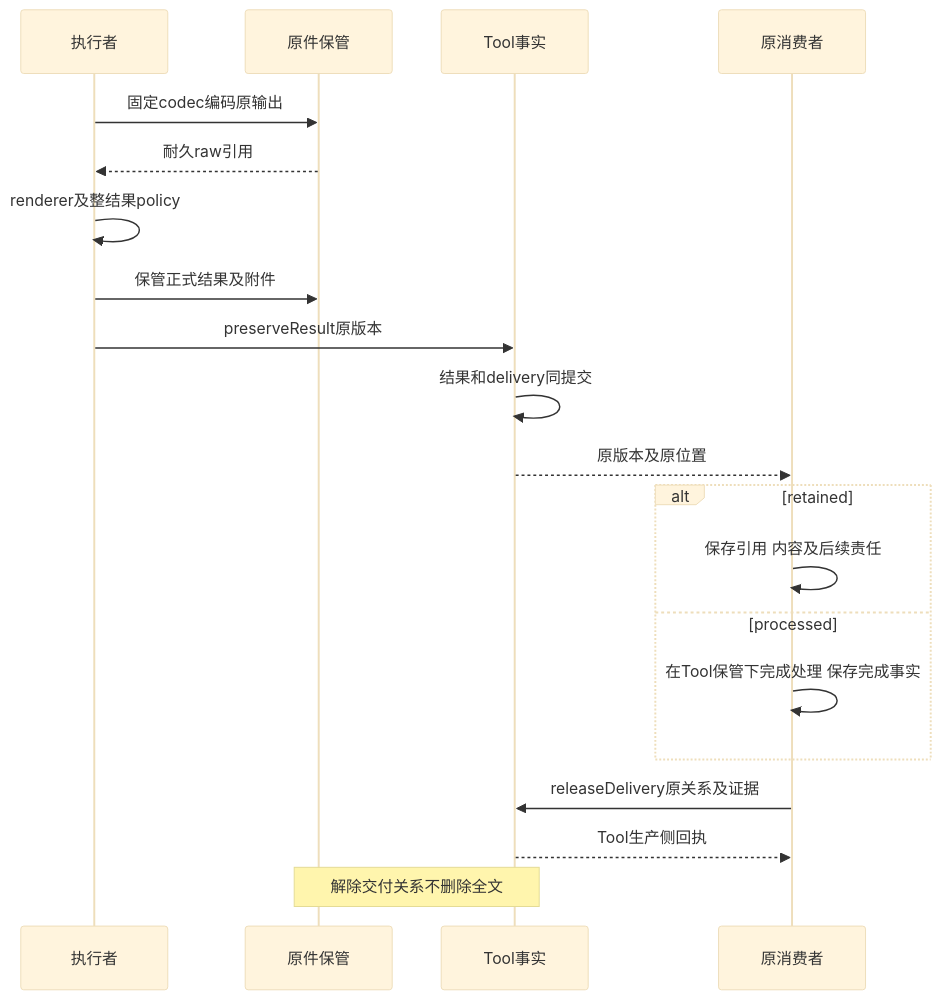
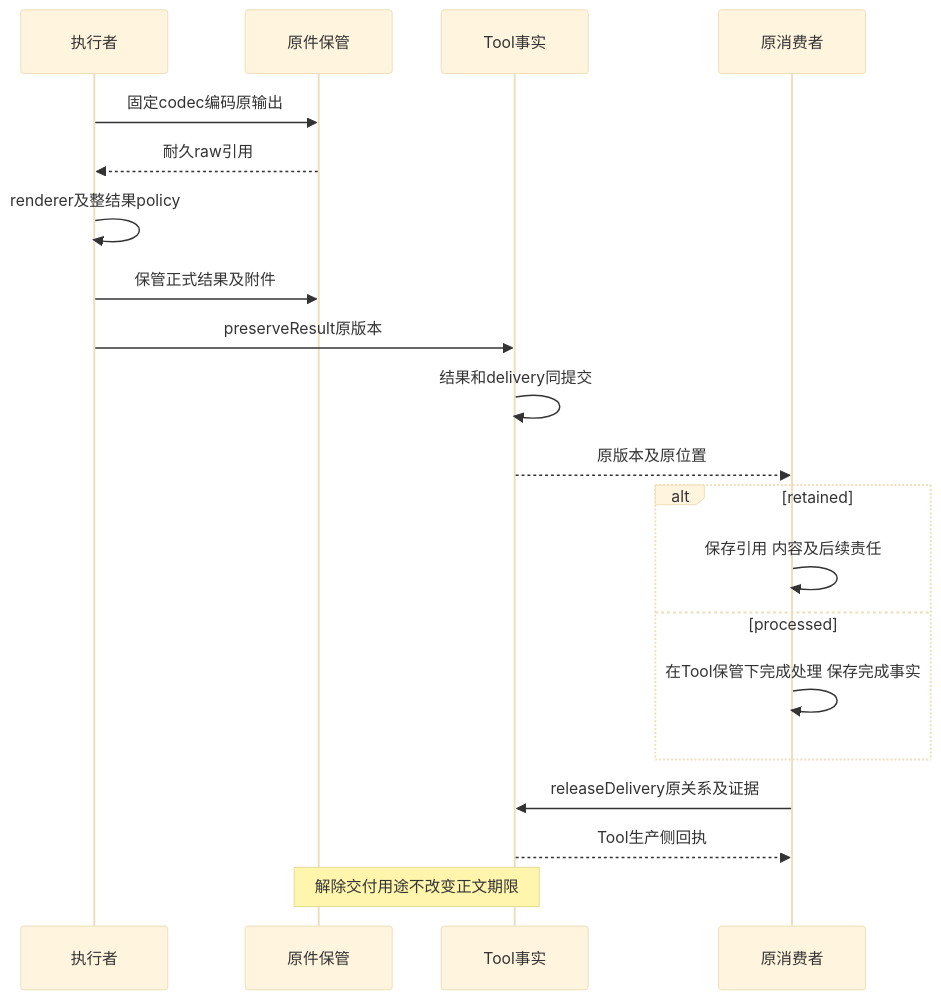
The eighth of 17 diagrams in packages/tool/tool-contract/docs/flows.md (nemori-ai/omne-harness-lite), drawn with Mermaid (base theme) before and after one commit. The commit also changed other lines of this file and 58 other files, not shown here.

````diff
--- a/packages/tool/tool-contract/docs/flows.md
+++ b/packages/tool/tool-contract/docs/flows.md
@@ -326,22 +326,22 @@
 ```mermaid
 sequenceDiagram
     participant X as 执行者
     participant S as 原件保管
     participant T as Tool事实
     participant C as 原消费者
     X->>S: 固定codec编码原输出
     S-->>X: 耐久raw引用
     X->>X: renderer及整结果policy
     X->>S: 保管正式结果及附件
     X->>T: preserveResult原版本
     T->>T: 结果和delivery同提交
     T-->>C: 原版本及原位置
     alt retained
         C->>C: 保存引用 内容及后续责任
     else processed
         C->>C: 在Tool保管下完成处理 保存完成事实
     end
     C->>T: releaseDelivery原关系及证据
     T-->>C: Tool生产侧回执
-    Note over S,T: 解除交付关系不删除全文
+    Note over S,T: 解除交付用途不改变正文期限
 ```
````
